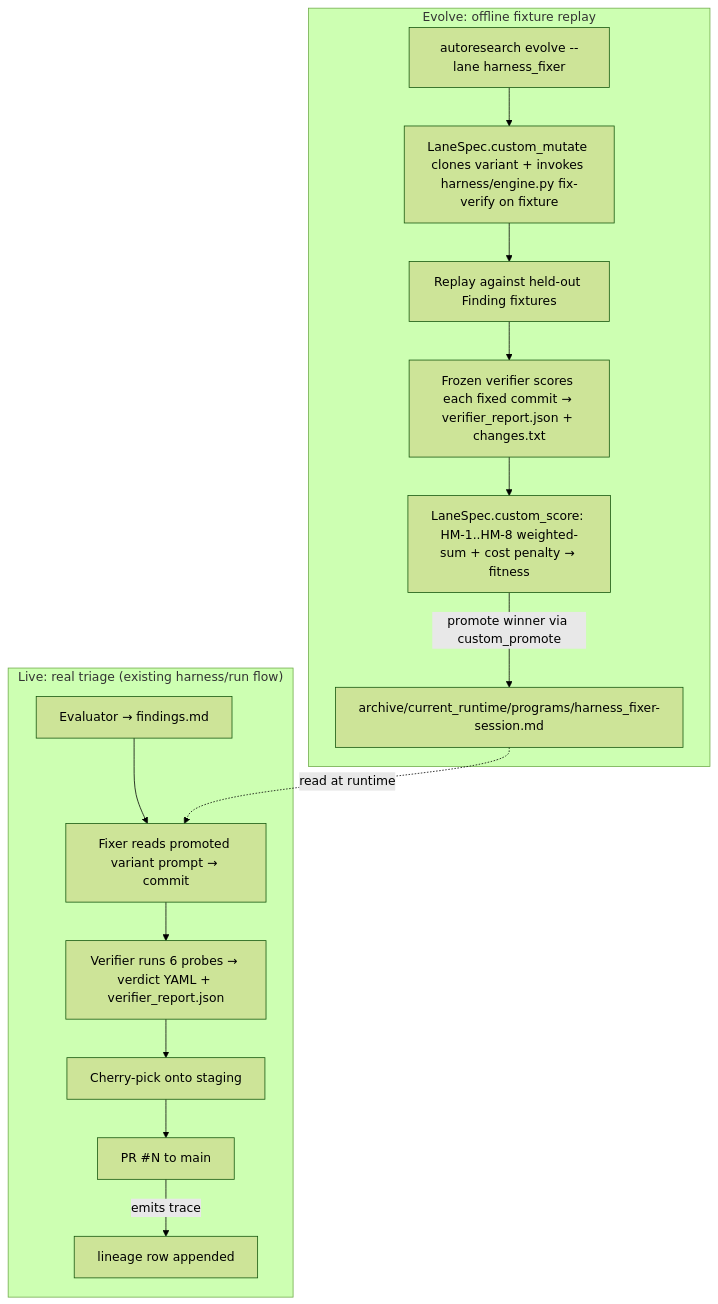
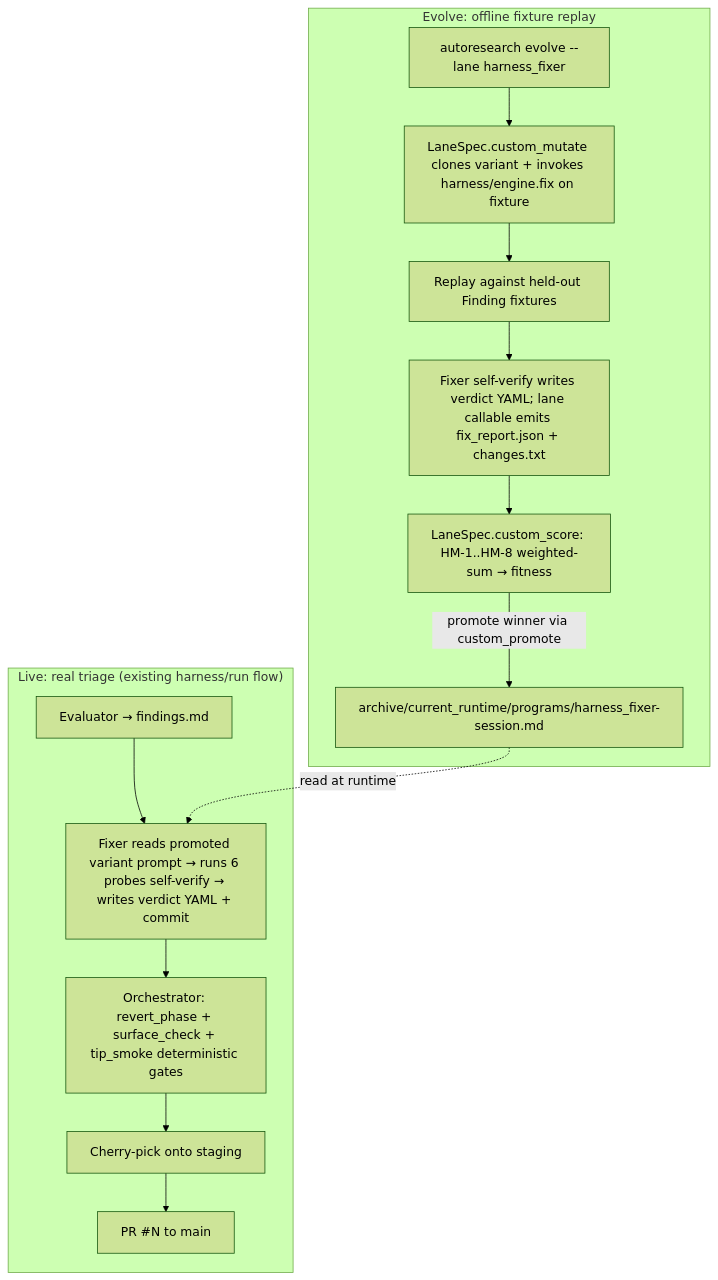
The first of 2 diagrams in docs/brainstorms/2026-04-26-harness-fixer-autoresearch-fusion-requirements.md (jryszardnoszczyk/gofreddy), drawn with Mermaid (forest theme) before and after one commit. The commit also changed other lines of this file, not shown here.

````diff
--- a/docs/brainstorms/2026-04-26-harness-fixer-autoresearch-fusion-requirements.md
+++ b/docs/brainstorms/2026-04-26-harness-fixer-autoresearch-fusion-requirements.md
@@ -19,17 +21,16 @@
 ```mermaid
 flowchart TB
   subgraph LIVE["Live: real triage (existing harness/run flow)"]
-    F1[Evaluator → findings.md] --> F2[Fixer reads promoted variant prompt → commit]
-    F2 --> F3[Verifier runs 6 probes → verdict YAML + verifier_report.json]
+    F1[Evaluator → findings.md] --> F2[Fixer reads promoted variant prompt → runs 6 probes self-verify → writes verdict YAML + commit]
+    F2 --> F3[Orchestrator: revert_phase + surface_check + tip_smoke deterministic gates]
     F3 --> F4[Cherry-pick onto staging] --> F5[PR #N to main]
-    F5 -->|emits trace| LJ[lineage row appended]
   end
   subgraph EVOLVE["Evolve: offline fixture replay"]
-    E1[autoresearch evolve --lane harness_fixer] --> E2[LaneSpec.custom_mutate clones variant + invokes harness/engine.py fix-verify on fixture]
+    E1[autoresearch evolve --lane harness_fixer] --> E2[LaneSpec.custom_mutate clones variant + invokes harness/engine.fix on fixture]
     E2 --> E3[Replay against held-out Finding fixtures]
-    E3 --> E4[Frozen verifier scores each fixed commit → verifier_report.json + changes.txt]
-    E4 --> E5[LaneSpec.custom_score: HM-1..HM-8 weighted-sum + cost penalty → fitness]
+    E3 --> E4[Fixer self-verify writes verdict YAML; lane callable emits fix_report.json + changes.txt]
+    E4 --> E5[LaneSpec.custom_score: HM-1..HM-8 weighted-sum → fitness]
     E5 -->|promote winner via custom_promote| P[archive/current_runtime/programs/harness_fixer-session.md]
   end
   P -. read at runtime .-> F2
 ```
````
